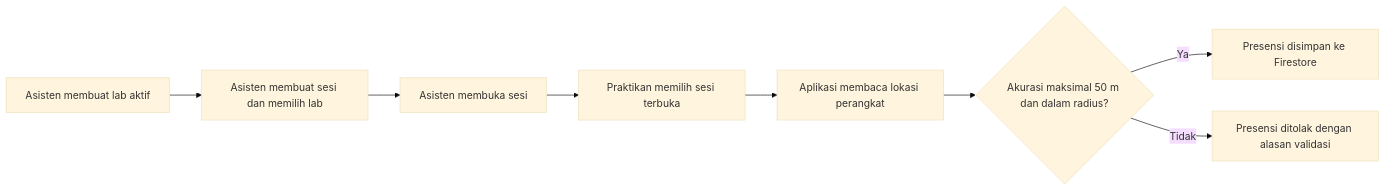
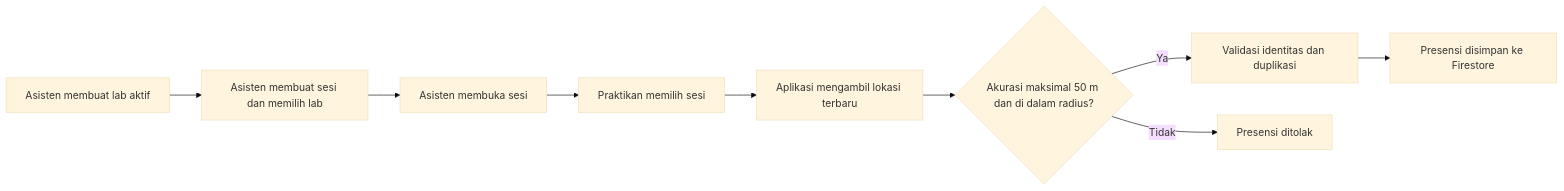
One commit to Edamame-37/lab-attendance-app changed the second of 2 diagrams in README.md. Above: the diagram before and after it, drawn with Mermaid (base theme). The commit also changed other lines of this file, not shown here.

````diff
--- a/README.md
+++ b/README.md
@@ -118,10 +113,11 @@
 ```mermaid
 flowchart LR
   A[Asisten membuat lab aktif] --> B[Asisten membuat sesi dan memilih lab]
   B --> C[Asisten membuka sesi]
-  C --> D[Praktikan memilih sesi terbuka]
-  D --> E[Aplikasi membaca lokasi perangkat]
-  E --> F{Akurasi maksimal 50 m dan dalam radius?}
-  F -- Ya --> G[Presensi disimpan ke Firestore]
-  F -- Tidak --> H[Presensi ditolak dengan alasan validasi]
+  C --> D[Praktikan memilih sesi]
+  D --> E[Aplikasi mengambil lokasi terbaru]
+  E --> F{Akurasi maksimal 50 m dan di dalam radius?}
+  F -- Ya --> G[Validasi identitas dan duplikasi]
+  G --> H[Presensi disimpan ke Firestore]
+  F -- Tidak --> I[Presensi ditolak]
 ```
````
